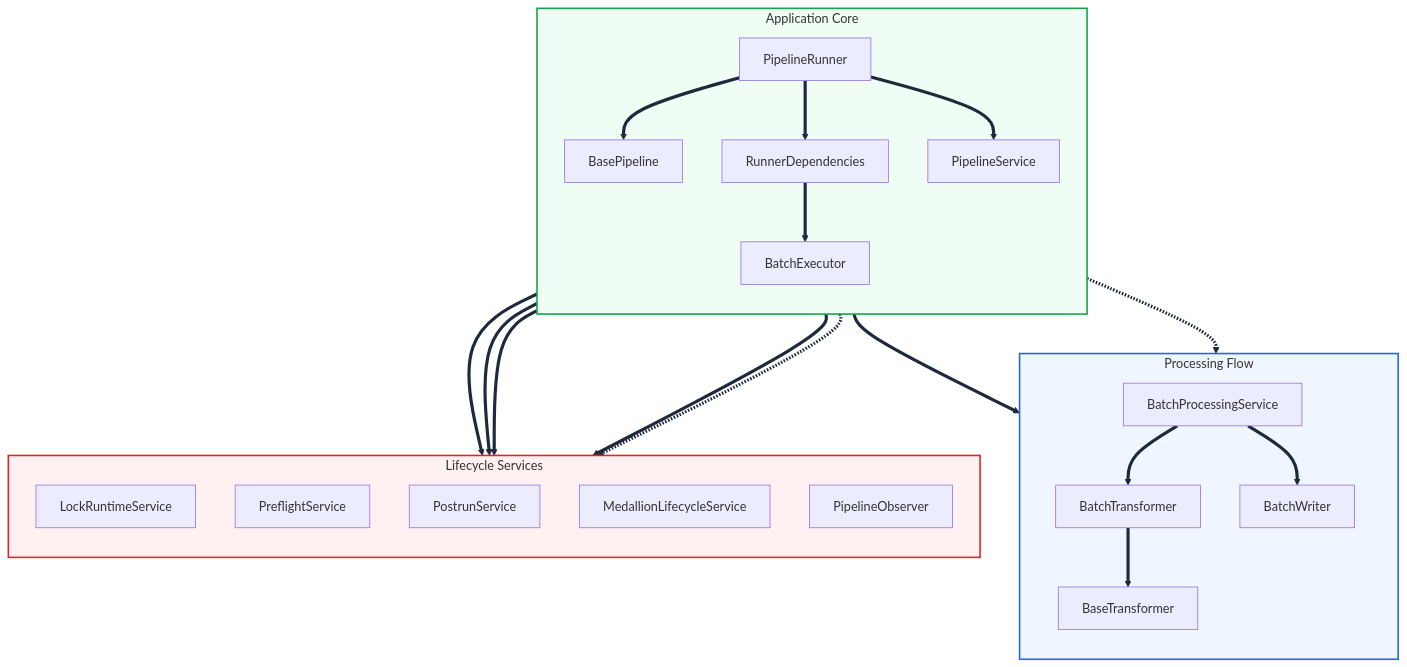
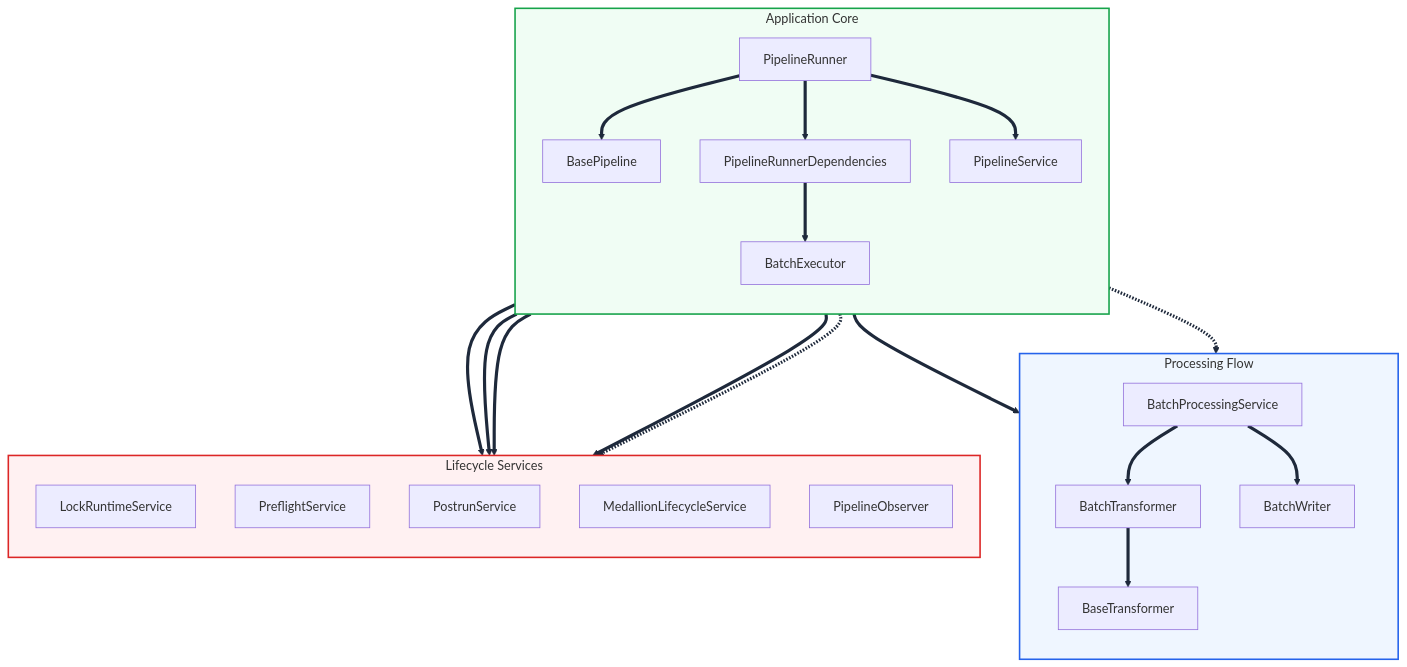
One commit to SatoryKono/BioactivityDataAcquisition changed the diagram in docs/02-architecture/diagrams/views/06-application-layer-class-diagram-overview.mermaid. Above: the diagram before and after it, drawn with Mermaid. The commit also changed 49 other files, not shown here.

```diff
--- a/docs/02-architecture/diagrams/views/06-application-layer-class-diagram-overview.mermaid
+++ b/docs/02-architecture/diagrams/views/06-application-layer-class-diagram-overview.mermaid
@@ -1,55 +1,55 @@
 %% View: Overview | Parent: 06-application-layer-class-diagram-full.mermaid
 %% @uniform width=208 height=72 max_title_len=21 max_desc_lines=1
 flowchart TB
     subgraph Core["Application Core"]
         direction TB
         BP["BasePipeline"]
         PR["PipelineRunner"]
-        RD["RunnerDependencies"]
+        RD["PipelineRunnerDependencies"]
         BE["BatchExecutor"]
         PS["PipelineService"]
     end
 
     subgraph Processing["Processing Flow"]
         direction TB
         BPS["BatchProcessingService"]
         BT["BatchTransformer"]
         BW["BatchWriter"]
         TR["BaseTransformer"]
     end
 
     subgraph Lifecycle["Lifecycle Services"]
         direction TB
         LK["LockRuntimeService"]
         PF["PreflightService"]
         PO["PostrunService"]
         ML["MedallionLifecycleService"]
         OB["PipelineObserver"]
     end
 
     PR ==> RD
     PR --> BP
     PR --> PS
     RD --> BE
     RD --> LK
     RD --> PF
     RD --> PO
     RD --> ML
     RD -.-> OB
     BE --> BPS
     BPS --> BT
     BPS --> BW
     BP -.-> TR
     BT --> TR
 
     style Core fill:#f0fdf4,stroke:#16a34a,stroke-width:2px
     style Processing fill:#eff6ff,stroke:#2563eb,stroke-width:2px
     style Lifecycle fill:#fff1f2,stroke:#dc2626,stroke-width:2px
 
     classDef port fill:#f5f3ff,stroke:#7c3aed,stroke-width:1px,color:#111827;
     classDef adapter fill:#fff1f2,stroke:#dc2626,stroke-width:1px,color:#111827;
     classDef service fill:#eff6ff,stroke:#2563eb,stroke-width:1px,color:#111827;
     classDef process fill:#f0fdf4,stroke:#16a34a,stroke-width:1px,color:#111827;
     classDef storage fill:#fff7ed,stroke:#f59e0b,stroke-width:1px,color:#111827;
 
     linkStyle default stroke:#1E293B,stroke-width:4px
```
